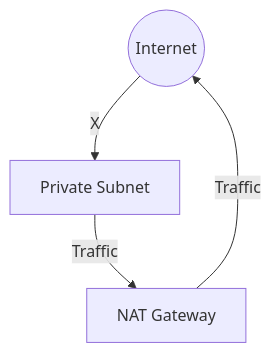
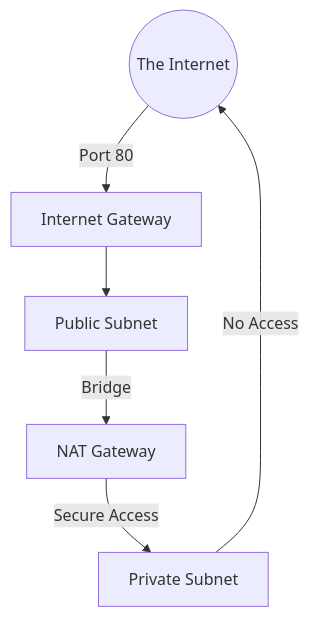
The diagram in terraform_roadmap/labs/day03-vpc-advanced/README.md (Ritik12062002/Terraform_RoadMap), drawn with Mermaid before and after one commit. The commit also changed other lines of this file and 17 other files, not shown here.

Commit message:
Terraform Roadmap

````diff
--- a/terraform_roadmap/labs/day03-vpc-advanced/README.md
+++ b/terraform_roadmap/labs/day03-vpc-advanced/README.md
@@ -50,6 +60,8 @@
 ```mermaid
 graph TD
-    User((Internet)) -- X --> Private[Private Subnet]
-    Private -- Traffic --> NAT[NAT Gateway]
-    NAT -- Traffic --> User
+    User((The Internet)) -- Port 80 --> IGW[Internet Gateway]
+    IGW --> Public[Public Subnet]
+    Public -- Bridge --> NAT[NAT Gateway]
+    NAT -- Secure Access --> Private[Private Subnet]
+    Private -- No Access --> User
 ```
````
